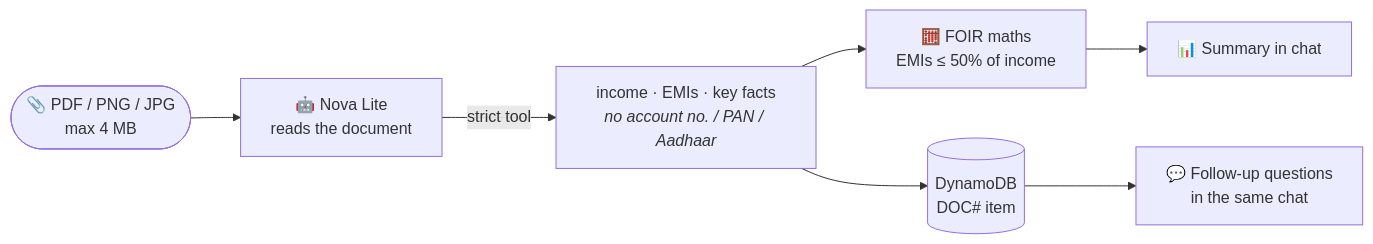
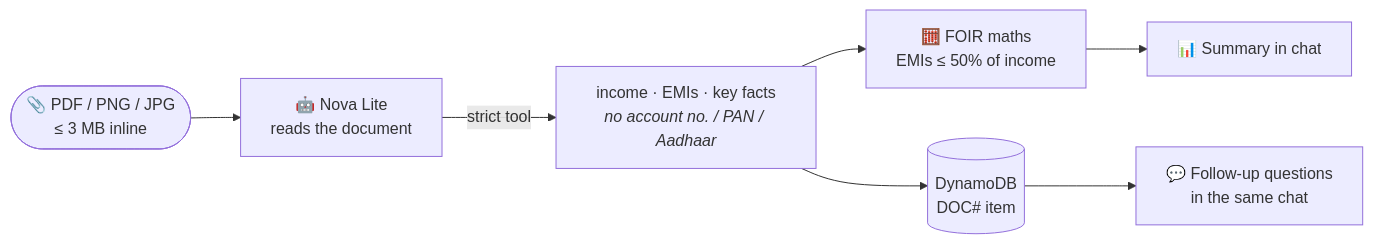
Before and after one commit to musaddiq-vd/loanassist-ai-Langgraph: the second of 3 diagrams in README.md, drawn with Mermaid. The commit also changed other lines of this file and 17 other files, not shown here.

First line of the commit message:
Source preview, follow-ups, stop/regenerate/edit, PDF export, document checklist with SQS + DLQ

````diff
--- a/README.md
+++ b/README.md
@@ -183,9 +189,9 @@
 ```mermaid
 flowchart LR
-    F([📎 PDF / PNG / JPG<br/>max 4 MB]) --> N[🤖 Nova Lite<br/>reads the document]
+    F([📎 PDF / PNG / JPG<br/>≤ 3 MB inline]) --> N[🤖 Nova Lite<br/>reads the document]
     N -->|strict tool| X[income · EMIs · key facts<br/><i>no account no. / PAN / Aadhaar</i>]
     X --> M[🧮 FOIR maths<br/>EMIs ≤ 50% of income]
     M --> S[📊 Summary in chat]
     X --> D[(DynamoDB<br/>DOC# item)]
     D --> Q[💬 Follow-up questions<br/>in the same chat]
 ```
````
